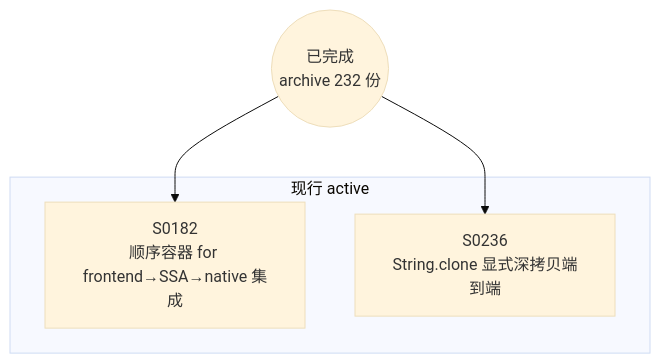
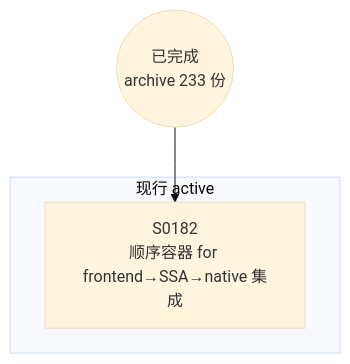
One commit to Halckon/Koven changed the diagram in docs/specs/dependency-graph.md. Above: the diagram before and after it, drawn with Mermaid (base theme). The commit also changed other lines of this file and 17 other files, not shown here.

````diff
--- a/docs/specs/dependency-graph.md
+++ b/docs/specs/dependency-graph.md
@@ -9,10 +9,8 @@
 ```mermaid
 flowchart TD
-ARCH(("已完成<br/>archive 232 份"))
+ARCH(("已完成<br/>archive 233 份"))
 subgraph Gactive["现行 active"]
   S0182["S0182<br/>顺序容器 for frontend→SSA→native 集成"]
-  S0236["S0236<br/>String.clone 显式深拷贝端到端"]
 end
 ARCH --> S0182
-ARCH --> S0236
 ```
````
